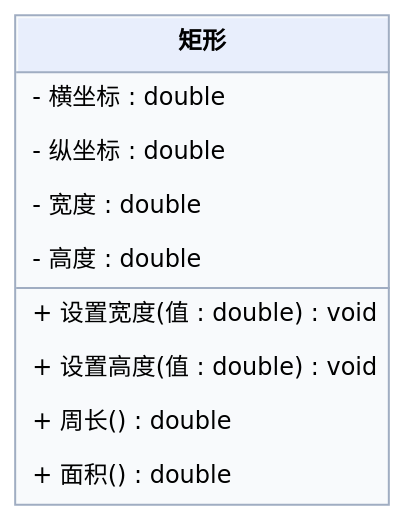
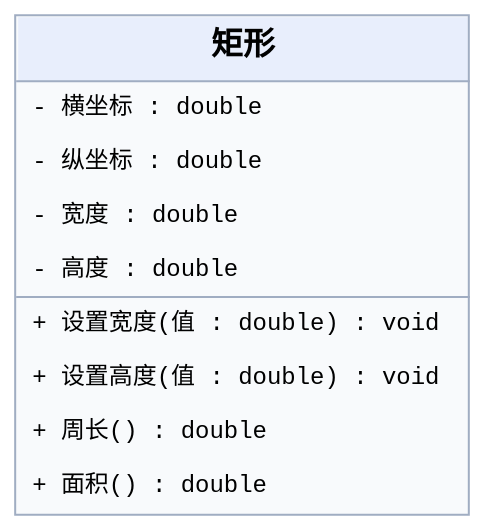
One commit to edetroll/java-oop changed the diagram in content/chapters/03-adatrejtes/media/task1-zh.dot. Above: the diagram before and after it, drawn with Graphviz. The commit also changed 38 other files, not shown here.

```diff
--- a/content/chapters/03-adatrejtes/media/task1-zh.dot
+++ b/content/chapters/03-adatrejtes/media/task1-zh.dot
@@ -1,1 +1,1 @@
-digraph G { graph [bgcolor="transparent",pad="0.05"]; node [shape=plaintext,fontname="DejaVu Sans",fontsize=12]; a [label=<<TABLE BORDER="1" CELLBORDER="0" CELLSPACING="0" CELLPADDING="7" COLOR="#a0adc2" BGCOLOR="#f8fafc"><TR><TD BGCOLOR="#e8eefc"><B>矩形</B></TD></TR><HR/><TR><TD ALIGN="LEFT" BALIGN="LEFT">- 横坐标 : double</TD></TR><TR><TD ALIGN="LEFT" BALIGN="LEFT">- 纵坐标 : double</TD></TR><TR><TD ALIGN="LEFT" BALIGN="LEFT">- 宽度 : double</TD></TR><TR><TD ALIGN="LEFT" BALIGN="LEFT">- 高度 : double</TD></TR><HR/><TR><TD ALIGN="LEFT" BALIGN="LEFT">+ 设置宽度(值 : double) : void</TD></TR><TR><TD ALIGN="LEFT" BALIGN="LEFT">+ 设置高度(值 : double) : void</TD></TR><TR><TD ALIGN="LEFT" BALIGN="LEFT">+ 周长() : double</TD></TR><TR><TD ALIGN="LEFT" BALIGN="LEFT">+ 面积() : double</TD></TR></TABLE>>]; }
+digraph G { graph [bgcolor="transparent",pad="0.05"]; node [shape=plaintext,fontname="Liberation Mono",fontsize=12]; a [label=<<TABLE BORDER="1" CELLBORDER="0" CELLSPACING="0" CELLPADDING="7" COLOR="#a0adc2" BGCOLOR="#f8fafc"><TR><TD BGCOLOR="#e8eefc"><FONT FACE="Liberation Mono" POINT-SIZE="16"><B>矩形</B></FONT></TD></TR><HR/><TR><TD ALIGN="LEFT" BALIGN="LEFT">- 横坐标 : double</TD></TR><TR><TD ALIGN="LEFT" BALIGN="LEFT">- 纵坐标 : double</TD></TR><TR><TD ALIGN="LEFT" BALIGN="LEFT">- 宽度 : double</TD></TR><TR><TD ALIGN="LEFT" BALIGN="LEFT">- 高度 : double</TD></TR><HR/><TR><TD ALIGN="LEFT" BALIGN="LEFT">+ 设置宽度(值 : double) : void</TD></TR><TR><TD ALIGN="LEFT" BALIGN="LEFT">+ 设置高度(值 : double) : void</TD></TR><TR><TD ALIGN="LEFT" BALIGN="LEFT">+ 周长() : double</TD></TR><TR><TD ALIGN="LEFT" BALIGN="LEFT">+ 面积() : double</TD></TR></TABLE>>]; }
```
